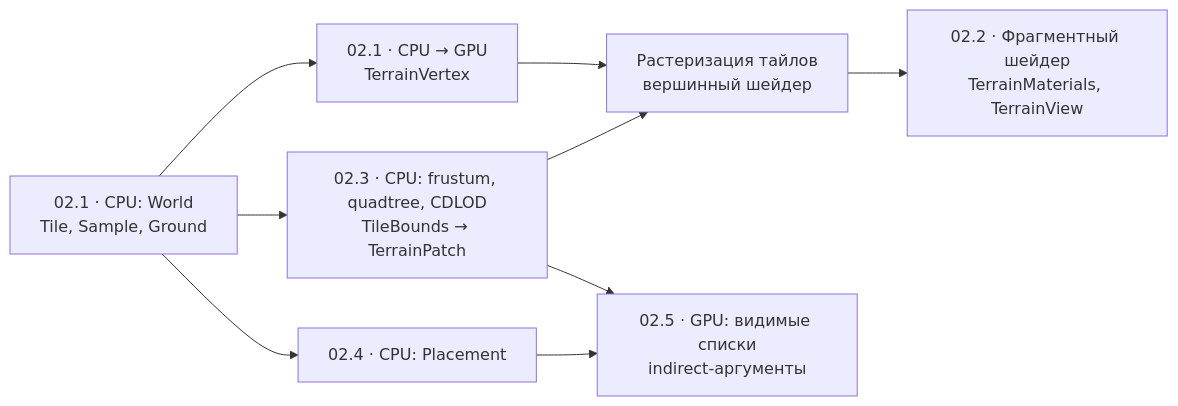
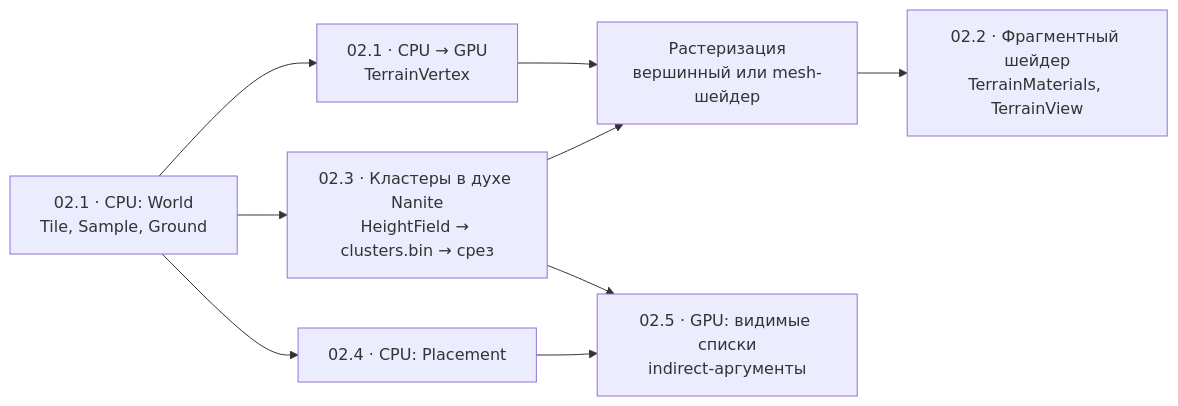
One commit to vladislav-vasilenko/mycelium-engine changed the diagram in specs/02-terrain-biomes.md. Above: the diagram before and after it, drawn with Mermaid. The commit also changed other lines of this file and 9 other files, not shown here.

First line of the commit message:
Specs: cluster terrain in the spirit of Nanite instead of CDLOD (AD-46)

````diff
--- a/specs/02-terrain-biomes.md
+++ b/specs/02-terrain-biomes.md
@@ -32,11 +32,11 @@
 ```mermaid
 flowchart LR
     data["02.1 · CPU: World<br/>Tile, Sample, Ground"] --> mesh["02.1 · CPU → GPU<br/>TerrainVertex"]
-    data --> lod["02.3 · CPU: frustum, quadtree, CDLOD<br/>TileBounds → TerrainPatch"]
+    data --> lod["02.3 · Кластеры в духе Nanite<br/>HeightField → clusters.bin → срез"]
     data --> veg["02.4 · CPU: Placement"]
-    mesh --> raster["Растеризация тайлов<br/>вершинный шейдер"]
+    mesh --> raster["Растеризация<br/>вершинный или mesh-шейдер"]
     lod --> raster
     raster --> mat["02.2 · Фрагментный шейдер<br/>TerrainMaterials, TerrainView"]
     veg --> gpu["02.5 · GPU: видимые списки<br/>indirect-аргументы"]
     lod --> gpu
 ```
````
